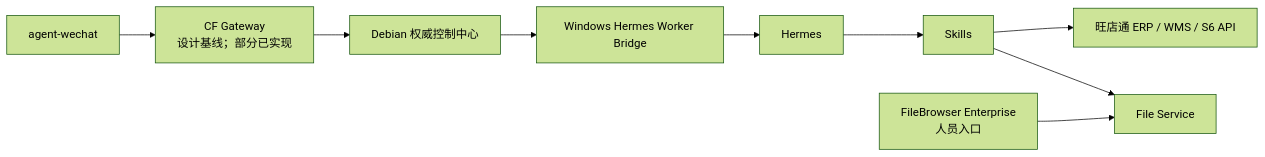
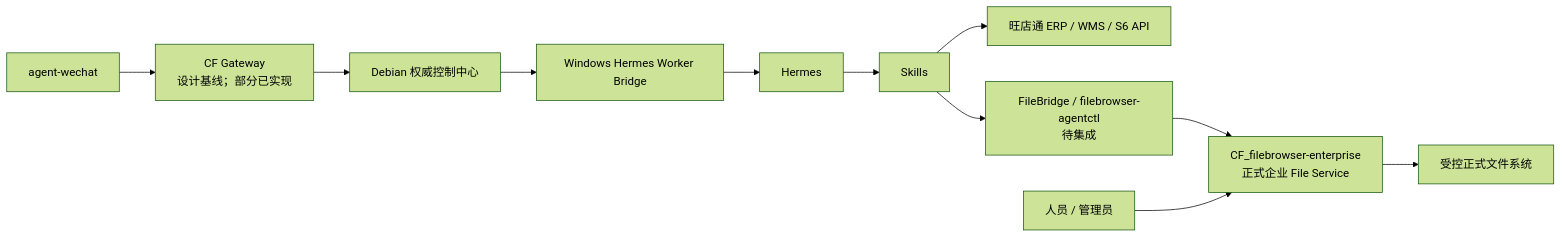
The diagram in architecture/component-map.md (Tangbohu09527/CF_ecommerce-automation-docs), drawn with Mermaid (forest theme) before and after one commit. The commit also changed other lines of this file and 9 other files, not shown here.

Commit message:
docs: sync FileBrowser Enterprise V1 status

````diff
--- a/architecture/component-map.md
+++ b/architecture/component-map.md
@@ -21,11 +21,13 @@
 ```mermaid
 flowchart LR
     A["agent-wechat"] --> G["CF Gateway<br/>设计基线；部分已实现"]
     G --> D["Debian 权威控制中心"]
     D --> B["Windows Hermes Worker Bridge"]
     B --> H["Hermes"]
     H --> S["Skills"]
     S --> E["旺店通 ERP / WMS / S6 API"]
-    S --> F["File Service"]
-    U["FileBrowser Enterprise<br/>人员入口"] --> F
+    S --> C["FileBridge / filebrowser-agentctl<br/>待集成"]
+    C --> F["CF_filebrowser-enterprise<br/>正式企业 File Service"]
+    U["人员 / 管理员"] --> F
+    F --> FS["受控正式文件系统"]
 ```
````
